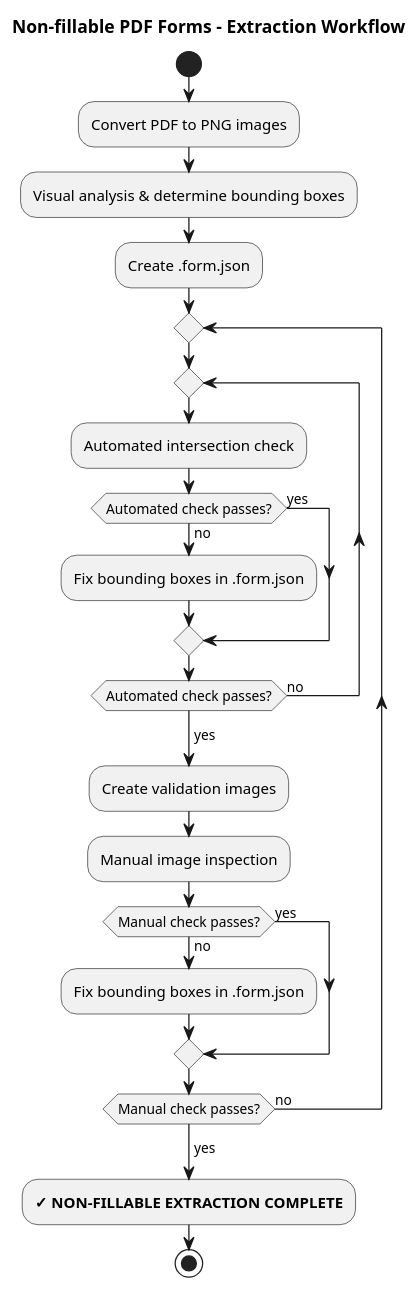
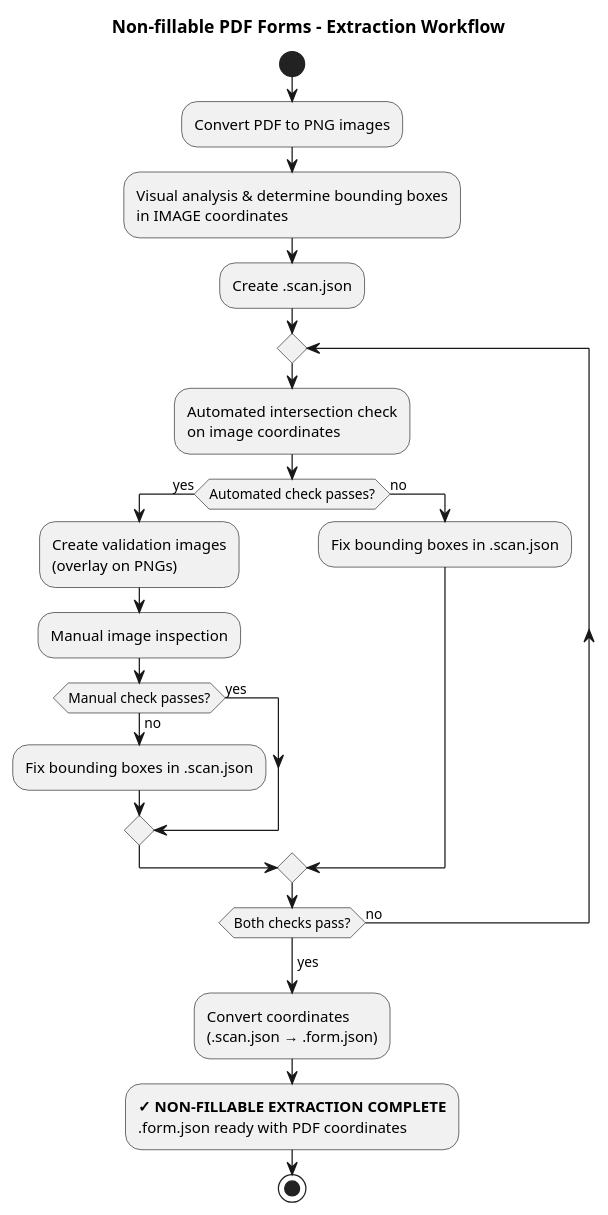
Before and after one commit to jhs/Chatfield: the diagram in Claude/filling-pdf-forms/skills/extracting-form-fields/references/nonfillable-forms.md, drawn with PlantUML.

Commit message:
Updated plantuml workflow

````diff
--- a/Claude/filling-pdf-forms/skills/extracting-form-fields/references/nonfillable-forms.md
+++ b/Claude/filling-pdf-forms/skills/extracting-form-fields/references/nonfillable-forms.md
@@ -10,28 +10,31 @@
 ```plantuml
 @startuml nonfillable-forms
 title Non-fillable PDF Forms - Extraction Workflow
 start
 :Convert PDF to PNG images;
-:Visual analysis & determine bounding boxes;
-:Create .form.json;
+:Visual analysis & determine bounding boxes
+in IMAGE coordinates;
+:Create .scan.json;
 repeat
-  repeat
-    :Automated intersection check;
-    if (Automated check passes?) then (yes)
+  :Automated intersection check
+  on image coordinates;
+  if (Automated check passes?) then (yes)
+    :Create validation images
+    (overlay on PNGs);
+    :Manual image inspection;
+    if (Manual check passes?) then (yes)
     else (no)
-      :Fix bounding boxes in .form.json;
+      :Fix bounding boxes in .scan.json;
     endif
-  repeat while (Automated check passes?) is (no)
-  ->yes;
-  :Create validation images;
-  :Manual image inspection;
-  if (Manual check passes?) then (yes)
   else (no)
-    :Fix bounding boxes in .form.json;
+    :Fix bounding boxes in .scan.json;
   endif
-repeat while (Manual check passes?) is (no)
+repeat while (Both checks pass?) is (no)
 ->yes;
-:**✓ NON-FILLABLE EXTRACTION COMPLETE**;
+:Convert coordinates
+(.scan.json → .form.json);
+:**✓ NON-FILLABLE EXTRACTION COMPLETE**
+.form.json ready with PDF coordinates;
 stop
 @enduml
 ```
````
